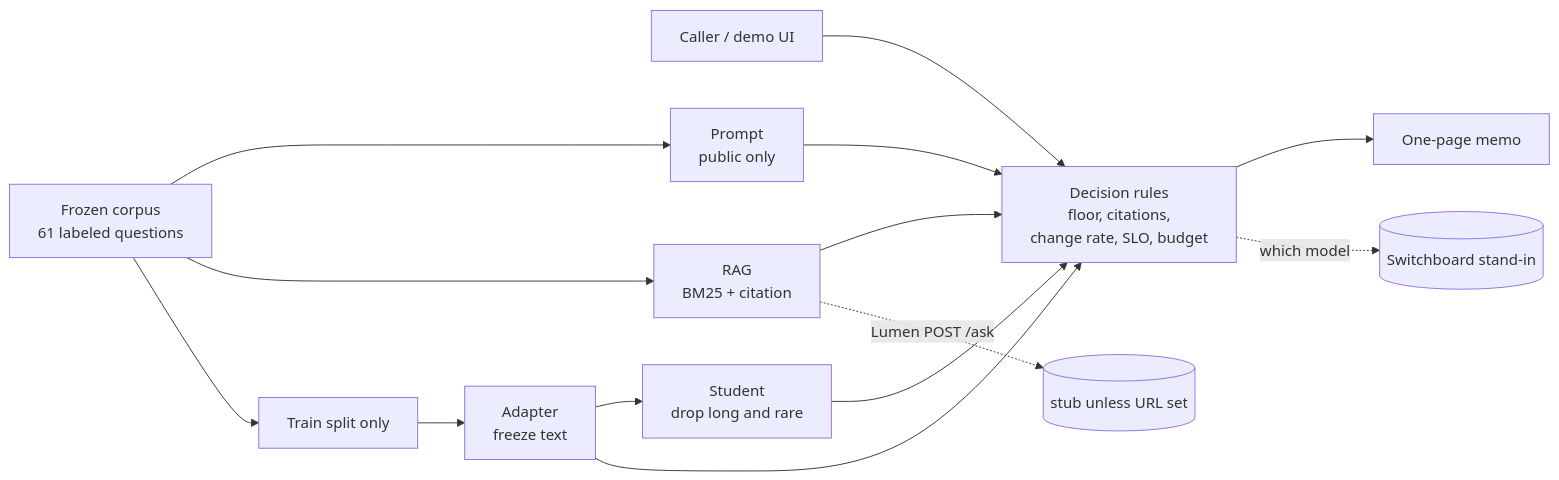
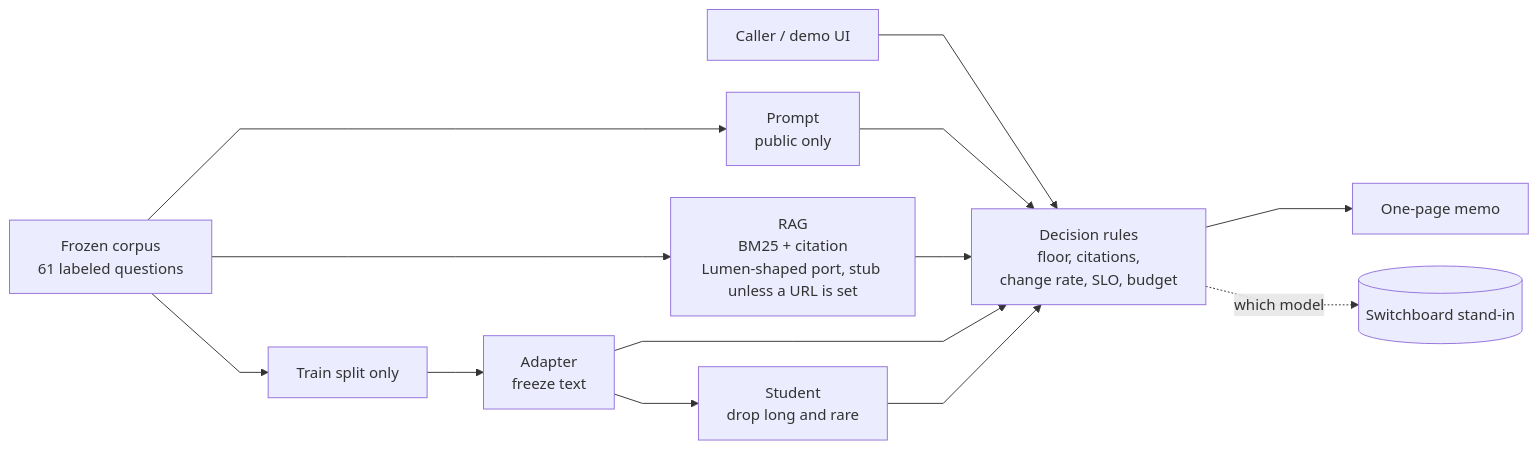
One commit to kumarlakshya24/enterprise-ai-platform changed the first of 2 diagrams in arena/README.md. Above: the diagram before and after it, drawn with Mermaid. The commit also changed 6 other files, not shown here.

First line of the commit message:
docs: redraw seven project architecture diagrams with no crossing lines (#24)

````diff
--- a/arena/README.md
+++ b/arena/README.md
@@ -111,16 +111,16 @@
 ```mermaid
+%%{init: {"flowchart": {"curve": "linear", "nodeSpacing": 34, "rankSpacing": 60}}}%%
 flowchart LR
-    U[Caller / demo UI] --> D[Decision rules<br/>floor, citations,<br/>change rate, SLO, budget]
+    U[Caller / demo UI] --> D
     C[Frozen corpus<br/>61 labeled questions] --> P[Prompt<br/>public only]
-    C --> R[RAG<br/>BM25 + citation]
+    C --> R[RAG<br/>BM25 + citation<br/>Lumen-shaped port, stub unless a URL is set]
     C --> T[Train split only]
+    P --> D[Decision rules<br/>floor, citations,<br/>change rate, SLO, budget]
+    R --> D
     T --> A[Adapter<br/>freeze text]
+    A --> D
     A --> S[Student<br/>drop long and rare]
-    P --> D
-    R --> D
-    A --> D
     S --> D
     D --> M[One-page memo]
-    R -. Lumen POST /ask .-> L[(stub unless URL set)]
     D -. which model .-> SW[(Switchboard stand-in)]
 ```
````
